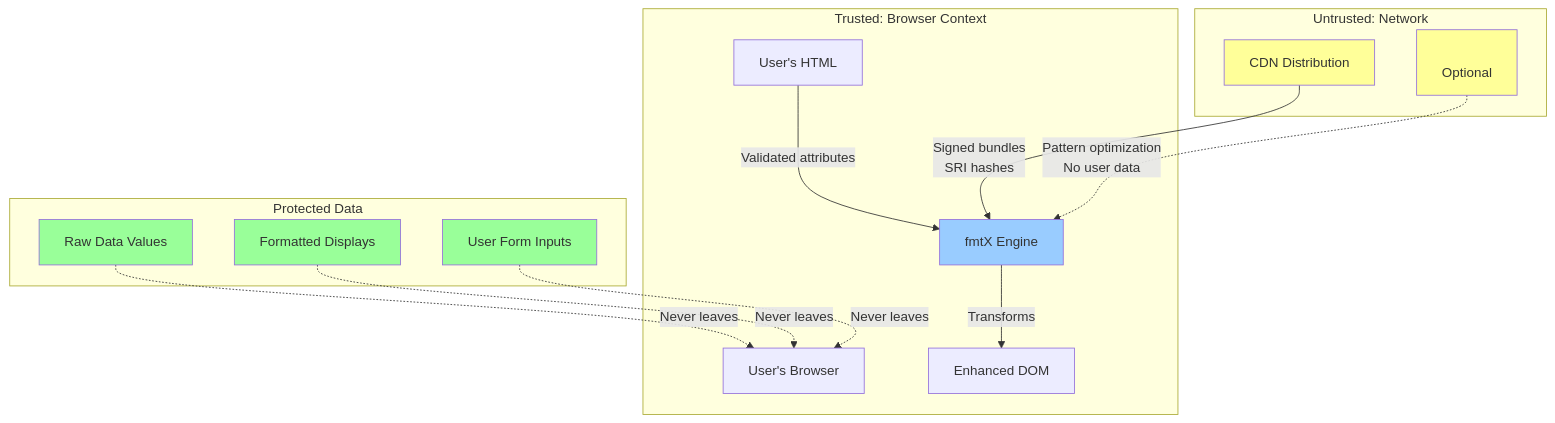
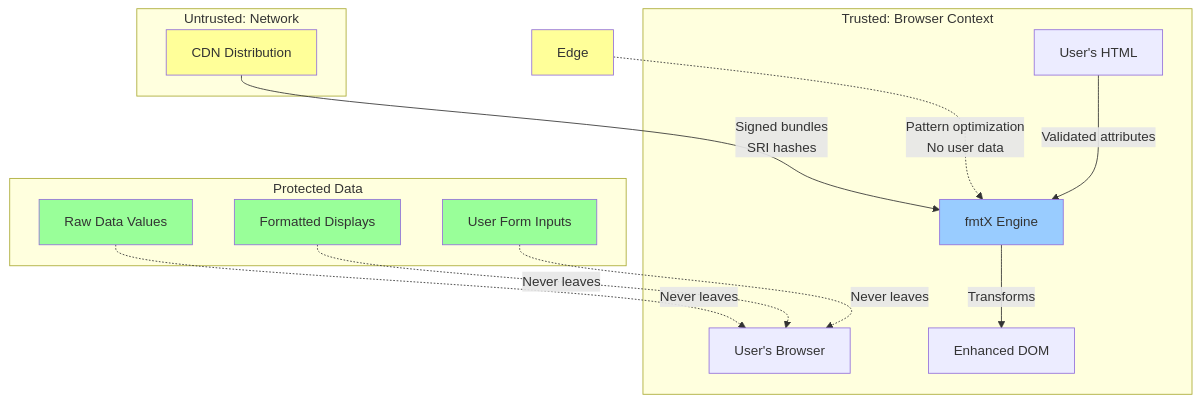
The fourth of 7 diagrams in docs/architecture/fmtx-architecture-v1.0.md (adamzwasserman/genX), drawn with Mermaid before and after one commit. The commit also changed other lines of this file and 26 other files, not shown here.

````diff
--- a/docs/architecture/fmtx-architecture-v1.0.md
+++ b/docs/architecture/fmtx-architecture-v1.0.md
@@ -225,35 +223,34 @@
 ```mermaid
 graph TB
     subgraph "Trusted: Browser Context"
         UserBrowser[User's Browser]
         UserHTML[User's HTML]
         FmtXEngine[fmtX Engine]
         EnhancedDOM[Enhanced DOM]
     end
 
     subgraph "Untrusted: Network"
         CDN[CDN Distribution]
-        Edge[<br/>Optional]
     end
 
     subgraph "Protected Data"
         RawValues[Raw Data Values]
         FormattedValues[Formatted Displays]
         UserInputs[User Form Inputs]
     end
 
     UserHTML -->|Validated attributes| FmtXEngine
     CDN -->|Signed bundles<br/>SRI hashes| FmtXEngine
     FmtXEngine -->|Transforms| EnhancedDOM
     RawValues -.Never leaves.-> UserBrowser
     FormattedValues -.Never leaves.-> UserBrowser
     UserInputs -.Never leaves.-> UserBrowser
     Edge -.->|Pattern optimization<br/>No user data| FmtXEngine
 
     style RawValues fill:#9f9
     style FormattedValues fill:#9f9
     style UserInputs fill:#9f9
     style CDN fill:#ff9
     style Edge fill:#ff9
     style FmtXEngine fill:#9cf
 ```
````
